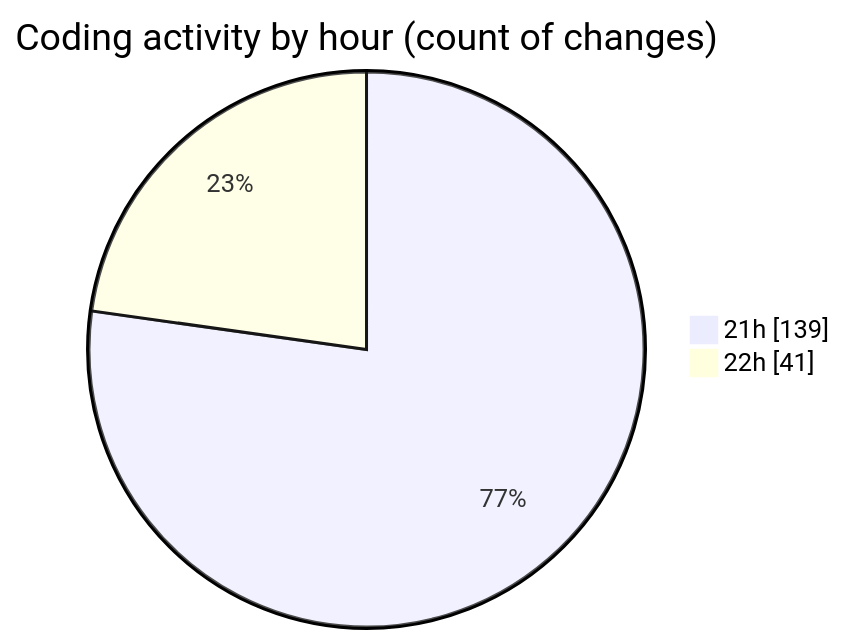
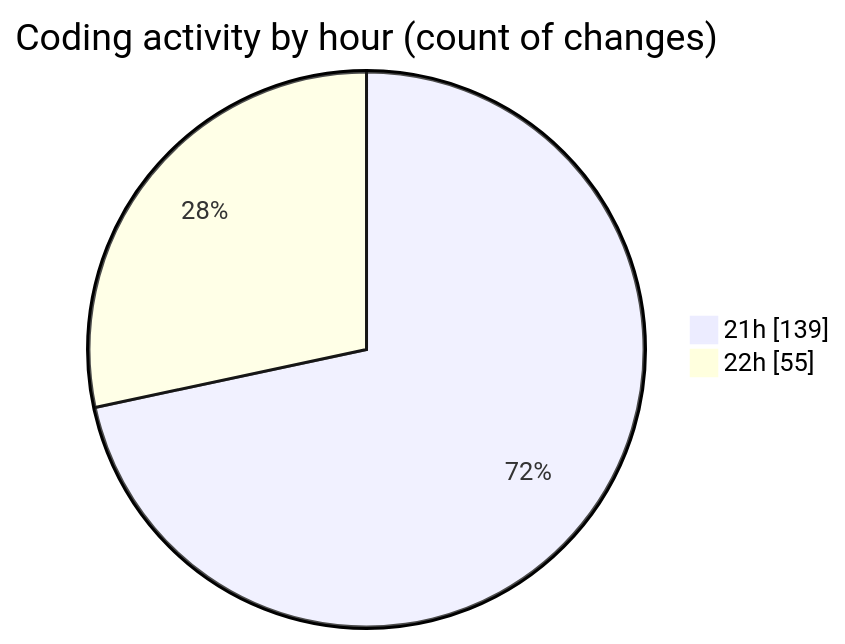
One commit to Ritupan-Deka/code-tracking changed the second of 2 diagrams in 2025-08-03/javascript/README.md. Above: the diagram before and after it, drawn with Mermaid. The commit also changed other lines of this file and 1 other file, not shown here.

````diff
--- a/2025-08-03/javascript/README.md
+++ b/2025-08-03/javascript/README.md
@@ -31,6 +31,6 @@
 ```mermaid
 pie showData
 title Coding activity by hour (count of changes)
 "21h" : 139
-"22h" : 41
+"22h" : 55
 ```
````
